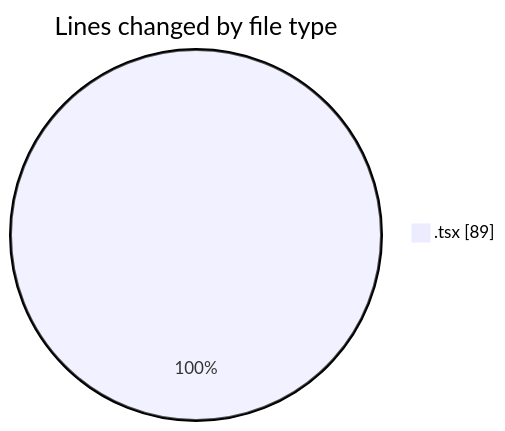
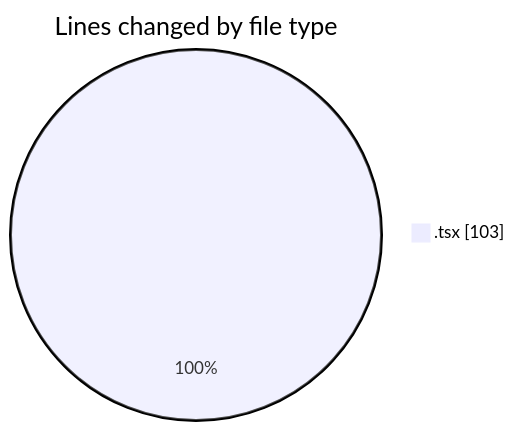
One commit to momahboobian/code-tracking changed the first of 2 diagrams in 2025-02-17/cda/README.md. Above: the diagram before and after it, drawn with Mermaid. The commit also changed other lines of this file and 1 other file, not shown here.

````diff
--- a/2025-02-17/cda/README.md
+++ b/2025-02-17/cda/README.md
@@ -20,5 +20,5 @@
 ```mermaid
 pie showData
 title Lines changed by file type
-".tsx" : 89
+".tsx" : 103
 ```
````
